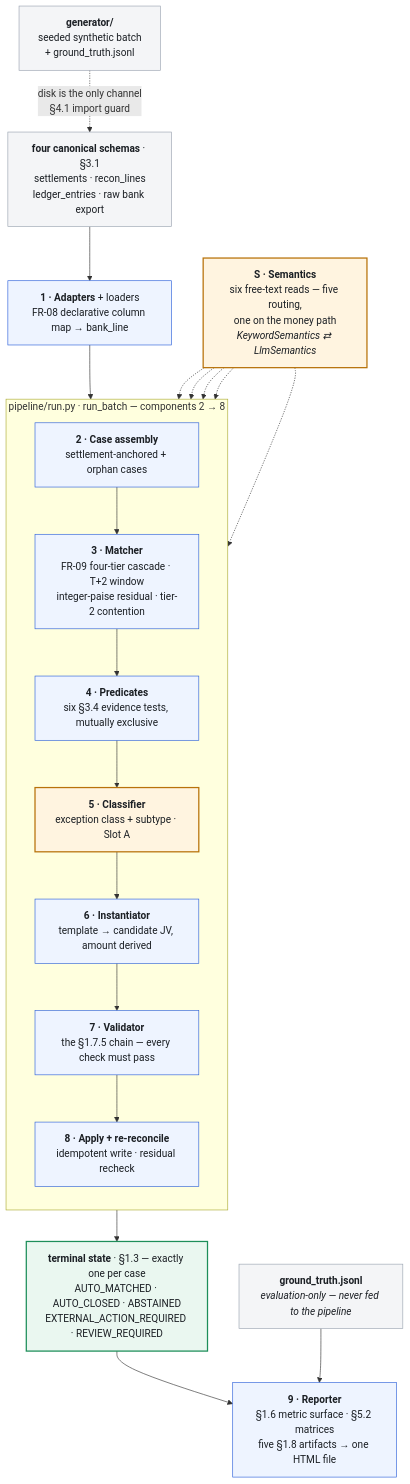
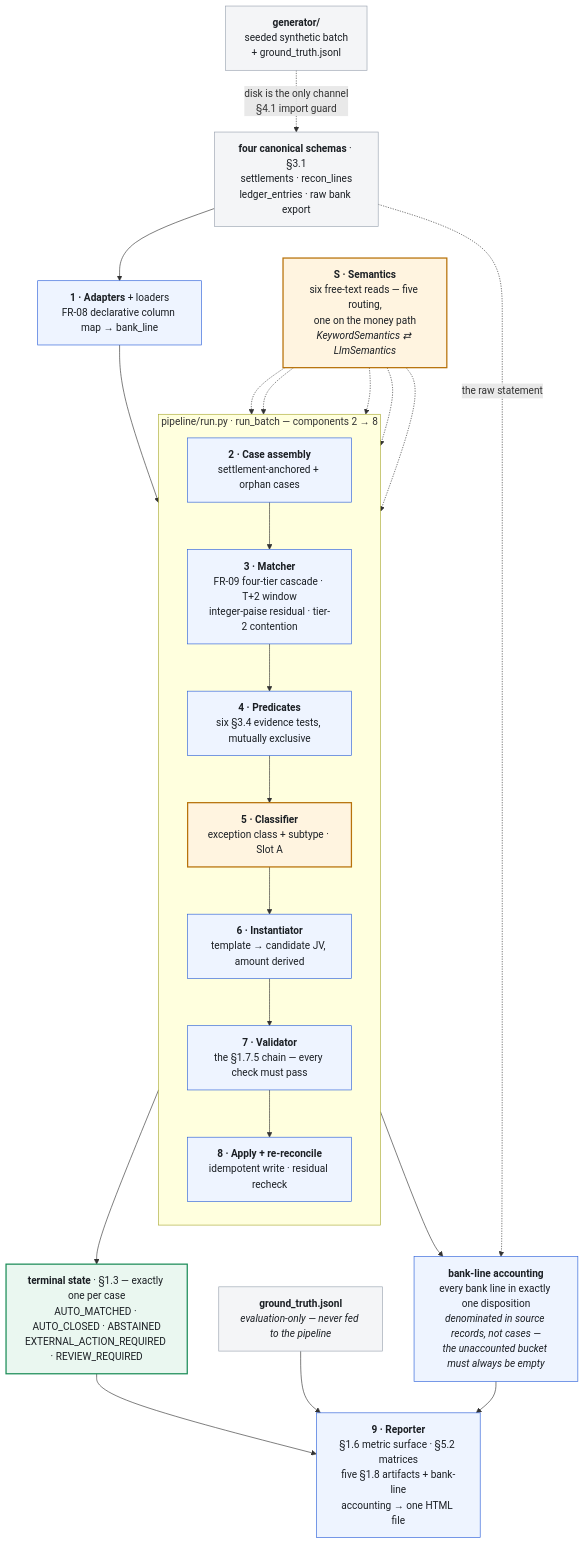
The first of 2 diagrams in ARCHITECTURE.md (nikhil550000/AI-Settlement-Close-Controller), drawn with Mermaid before and after one commit. The commit also changed other lines of this file and 18 other files, not shown here.

````diff
--- a/ARCHITECTURE.md
+++ b/ARCHITECTURE.md
@@ -9,51 +9,55 @@
 ```mermaid
 flowchart TB
     G["<b>generator/</b><br/>seeded synthetic batch<br/>+ ground_truth.jsonl"]
     SRC["<b>four canonical schemas</b> · §3.1<br/>settlements · recon_lines<br/>ledger_entries · raw bank export"]
     C1["<b>1 · Adapters</b> + loaders<br/>FR-08 declarative column map → bank_line"]
 
     subgraph spine ["pipeline/run.py · run_batch — components 2 → 8"]
         direction TB
         C2["<b>2 · Case assembly</b><br/>settlement-anchored + orphan cases"]
         C3["<b>3 · Matcher</b><br/>FR-09 four-tier cascade · T+2 window<br/>integer-paise residual · tier-2 contention"]
         C4["<b>4 · Predicates</b><br/>six §3.4 evidence tests, mutually exclusive"]
         C5["<b>5 · Classifier</b><br/>exception class + subtype · Slot A"]
         C6["<b>6 · Instantiator</b><br/>template → candidate JV, amount derived"]
         C7["<b>7 · Validator</b><br/>the §1.7.5 chain — every check must pass"]
         C8["<b>8 · Apply + re-reconcile</b><br/>idempotent write · residual recheck"]
     end
 
     TERM["<b>terminal state</b> · §1.3 — exactly one per case<br/>AUTO_MATCHED · AUTO_CLOSED · ABSTAINED<br/>EXTERNAL_ACTION_REQUIRED · REVIEW_REQUIRED"]
     GT["<b>ground_truth.jsonl</b><br/><i>evaluation-only — never fed to the pipeline</i>"]
-    C9["<b>9 · Reporter</b><br/>§1.6 metric surface · §5.2 matrices<br/>five §1.8 artifacts → one HTML file"]
+    C9["<b>9 · Reporter</b><br/>§1.6 metric surface · §5.2 matrices<br/>five §1.8 artifacts + bank-line<br/>accounting → one HTML file"]
     SEM["<b>S · Semantics</b><br/>six free-text reads — five routing,<br/>one on the money path<br/><i>KeywordSemantics ⇄ LlmSemantics</i>"]
+    ACCT["<b>bank-line accounting</b><br/>every bank line in exactly one disposition<br/><i>denominated in source records, not cases —<br/>the unaccounted bucket must always be empty</i>"]
 
     G -.->|"disk is the only channel<br/>§4.1 import guard"| SRC
     SRC --> C1
     C1 --> C2
     C2 --> C3
     C3 --> C4
     C4 --> C5
     C5 --> C6
     C6 --> C7
     C7 --> C8
     C8 --> TERM
     TERM --> C9
     GT --> C9
+    C8 --> ACCT
+    SRC -.->|"the raw statement"| ACCT
+    ACCT --> C9
 
     SEM -.-> C2
     SEM -.-> C3
     SEM -.-> C4
     SEM -.-> C5
     SEM -.-> C8
 
     classDef det fill:#eef4ff,stroke:#2b5fd9,stroke-width:1px,color:#1b1f24
     classDef model fill:#fff4e0,stroke:#b8720a,stroke-width:2px,color:#1b1f24
     classDef data fill:#f4f5f7,stroke:#9aa3b0,stroke-width:1px,color:#1b1f24
     classDef state fill:#eaf7f0,stroke:#1e8e5a,stroke-width:2px,color:#1b1f24
 
-    class C1,C2,C3,C4,C6,C7,C8,C9 det
+    class C1,C2,C3,C4,C6,C7,C8,C9,ACCT det
     class SEM,C5 model
     class G,SRC,GT data
     class TERM state
 ```
````
